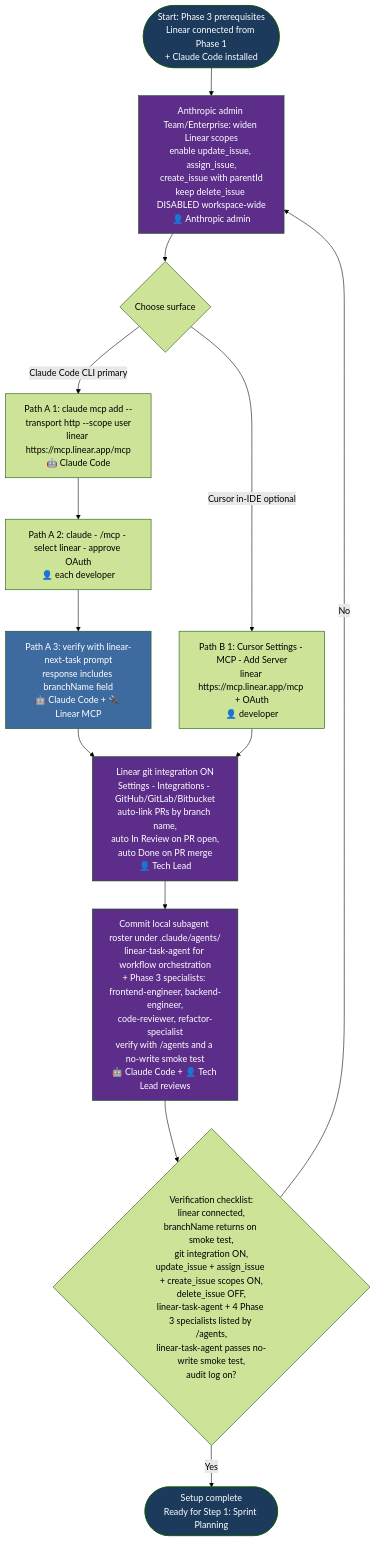
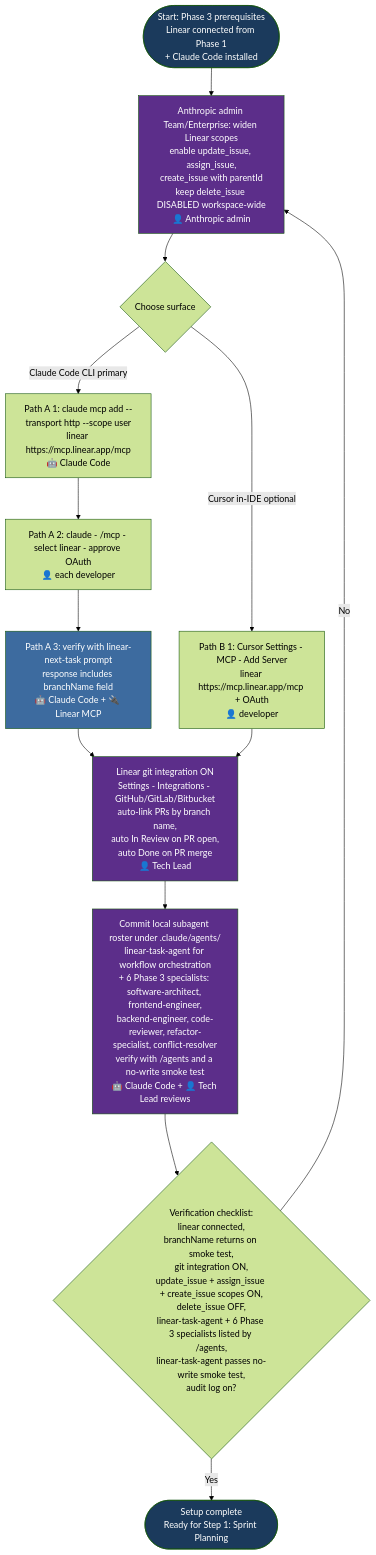
The second of 9 diagrams in aidlc-phases/03-development/FLOWCHART.md (kalpat-allion/ai-dlc), drawn with Mermaid (forest theme) before and after one commit. The commit also changed other lines of this file and 11 other files, not shown here.

````diff
--- a/aidlc-phases/03-development/FLOWCHART.md
+++ b/aidlc-phases/03-development/FLOWCHART.md
@@ -62,34 +102,34 @@
 ```mermaid
 flowchart TD
     S0_START([Start: Phase 3 prerequisites<br/>Linear connected from Phase 1<br/>+ Claude Code installed]) --> S0_ANTH
 
     S0_ANTH[Anthropic admin Team/Enterprise: widen Linear scopes<br/>enable update_issue, assign_issue,<br/>create_issue with parentId<br/>keep delete_issue DISABLED workspace-wide<br/>👤 Anthropic admin]
     S0_ANTH --> S0_PATH{Choose surface}
 
     S0_PATH -- Claude Code CLI primary --> S0_A1
     S0_PATH -- Cursor in-IDE optional --> S0_B1
 
     S0_A1[Path A 1: claude mcp add --transport http --scope user<br/>linear https://mcp.linear.app/mcp<br/>🤖 Claude Code]
     S0_A1 --> S0_A2[Path A 2: claude - /mcp - select linear - approve OAuth<br/>👤 each developer]
     S0_A2 --> S0_A3[Path A 3: verify with linear-next-task prompt<br/>response includes branchName field<br/>🤖 Claude Code + 🔌 Linear MCP]
     S0_A3 --> S0_GIT
 
     S0_B1[Path B 1: Cursor Settings - MCP - Add Server<br/>linear https://mcp.linear.app/mcp + OAuth<br/>👤 developer]
     S0_B1 --> S0_GIT
 
     S0_GIT[Linear git integration ON<br/>Settings - Integrations - GitHub/GitLab/Bitbucket<br/>auto-link PRs by branch name,<br/>auto In Review on PR open,<br/>auto Done on PR merge<br/>👤 Tech Lead]
     S0_GIT --> S0_AGENT
 
-    S0_AGENT[Commit local subagent roster under .claude/agents/<br/>linear-task-agent for workflow orchestration<br/>+ Phase 3 specialists: frontend-engineer, backend-engineer,<br/>code-reviewer, refactor-specialist<br/>verify with /agents and a no-write smoke test<br/>🤖 Claude Code + 👤 Tech Lead reviews]
-    S0_AGENT --> S0_VERIFY{Verification checklist:<br/>linear connected,<br/>branchName returns on smoke test,<br/>git integration ON,<br/>update_issue + assign_issue + create_issue scopes ON,<br/>delete_issue OFF,<br/>linear-task-agent + 4 Phase 3 specialists listed by /agents,<br/>linear-task-agent passes no-write smoke test,<br/>audit log on?}
+    S0_AGENT[Commit local subagent roster under .claude/agents/<br/>linear-task-agent for workflow orchestration<br/>+ 6 Phase 3 specialists: software-architect, frontend-engineer,<br/>backend-engineer, code-reviewer, refactor-specialist, conflict-resolver<br/>verify with /agents and a no-write smoke test<br/>🤖 Claude Code + 👤 Tech Lead reviews]
+    S0_AGENT --> S0_VERIFY{Verification checklist:<br/>linear connected,<br/>branchName returns on smoke test,<br/>git integration ON,<br/>update_issue + assign_issue + create_issue scopes ON,<br/>delete_issue OFF,<br/>linear-task-agent + 6 Phase 3 specialists listed by /agents,<br/>linear-task-agent passes no-write smoke test,<br/>audit log on?}
 
     S0_VERIFY -- No --> S0_ANTH
     S0_VERIFY -- Yes --> S0_END([Setup complete<br/>Ready for Step 1: Sprint Planning])
 
     style S0_START fill:#1B3A5C,color:#fff
     style S0_END fill:#1B3A5C,color:#fff
     style S0_ANTH fill:#5C2E8A,color:#fff
     style S0_GIT fill:#5C2E8A,color:#fff
     style S0_AGENT fill:#5C2E8A,color:#fff
     style S0_A3 fill:#3D6B9F,color:#fff
 ```
````
